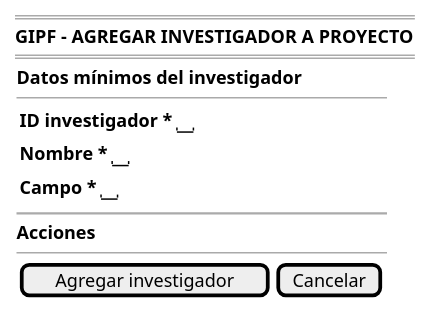
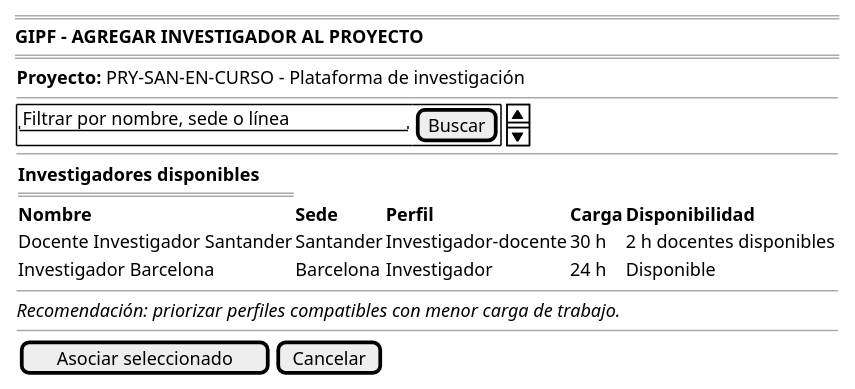
The diagram in RUP/00-casos-uso/02-detalle/coordinador/agregarInvestigador/prototipo.puml (beatriizorozco/25-26-idsw2-sdVC), drawn with PlantUML before and after one commit. The commit also changed 38 other files, not shown here.

```diff
--- a/RUP/00-casos-uso/02-detalle/coordinador/agregarInvestigador/prototipo.puml
+++ b/RUP/00-casos-uso/02-detalle/coordinador/agregarInvestigador/prototipo.puml
@@ -1,22 +1,26 @@
 @startsalt agregarInvestigador-wireframe
 {
     ====
-    <b>GIPF - AGREGAR INVESTIGADOR A PROYECTO</b>
+    <b>GIPF - AGREGAR INVESTIGADOR AL PROYECTO</b>
     ====
     {
-        <b>Datos mínimos del investigador</b>
+        <b>Proyecto:</b> PRY-SAN-EN-CURSO - Plataforma de investigación
+        --
+        {SI
+            "Filtrar por nombre, sede o línea" | [Buscar]
+        }
         --
         {
-            {<b>ID investigador *</b>     | " "}
-            {<b>Nombre *</b>              | " "}
-            {<b>Campo *</b>               | " "}
+            <b>Investigadores disponibles</b>
+            ==
+            <b>Nombre</b> | <b>Sede</b> | <b>Perfil</b> | <b>Carga</b> | <b>Disponibilidad</b>
+            Docente Investigador Santander | Santander | Investigador-docente | 30 h | 2 h docentes disponibles
+            Investigador Barcelona | Barcelona | Investigador | 24 h | Disponible
         }
-
-        ~~
-
-        <b>Acciones</b>
         --
-        {[Agregar investigador] | [Cancelar]}
+        <i>Recomendación: priorizar perfiles compatibles con menor carga de trabajo.</i>
+        --
+        {[Asociar seleccionado] | [Cancelar]}
     }
 }
 @endsalt
```
